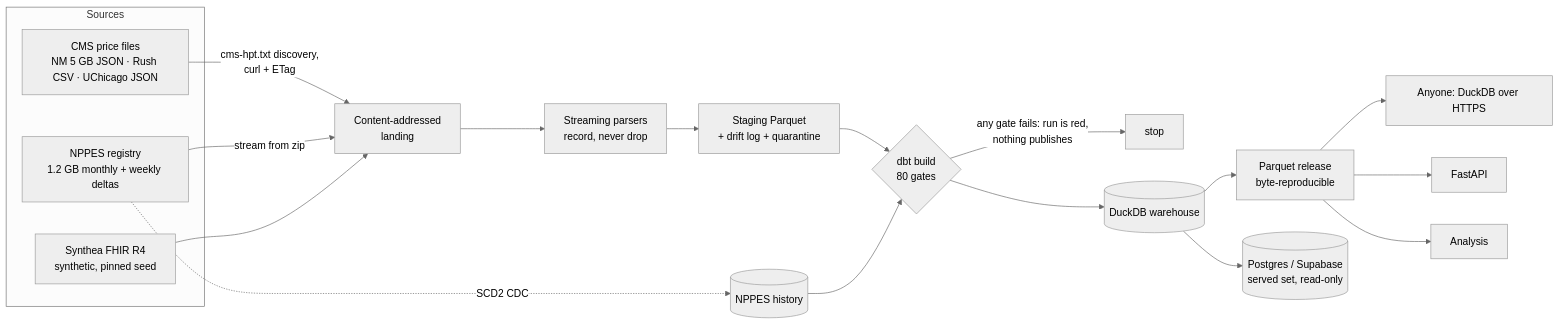
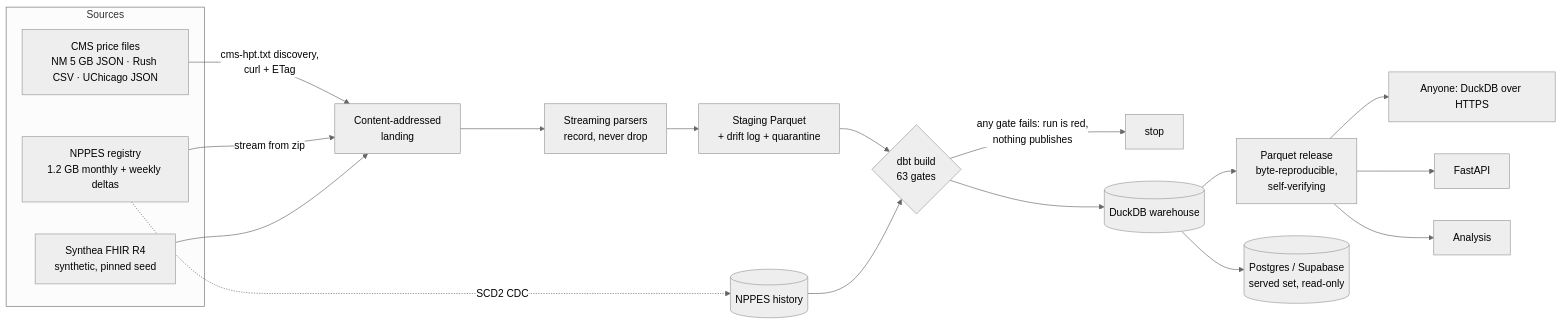
One commit to tjromack/clear-pricer changed the diagram in docs/CASE-STUDY.md. Above: the diagram before and after it, drawn with Mermaid (neutral theme). The commit also changed other lines of this file and 7 other files, not shown here.

````diff
--- a/docs/CASE-STUDY.md
+++ b/docs/CASE-STUDY.md
@@ -23,23 +23,23 @@
 ```mermaid
 flowchart LR
   subgraph Sources
     A[CMS price files<br/>NM 5 GB JSON · Rush CSV · UChicago JSON]
     B[NPPES registry<br/>1.2 GB monthly + weekly deltas]
     C[Synthea FHIR R4<br/>synthetic, pinned seed]
   end
   A -->|cms-hpt.txt discovery,<br/>curl + ETag| L[Content-addressed<br/>landing]
   B -->|stream from zip| L
   C --> L
   L --> P[Streaming parsers<br/>record, never drop]
   P --> S[Staging Parquet<br/>+ drift log + quarantine]
   B -.->|SCD2 CDC| H[(NPPES history)]
-  S --> G{dbt build<br/>80 gates}
+  S --> G{dbt build<br/>63 gates}
   H --> G
   G -->|any gate fails: run is red,<br/>nothing publishes| X[stop]
   G --> W[(DuckDB warehouse)]
-  W --> R[Parquet release<br/>byte-reproducible]
+  W --> R[Parquet release<br/>byte-reproducible,<br/>self-verifying]
   W --> PG[(Postgres / Supabase<br/>served set, read-only)]
   R --> Q[Anyone: DuckDB over HTTPS]
   R --> API[FastAPI]
   R --> AN[Analysis]
 ```
````
